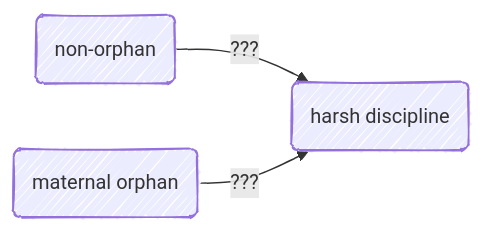
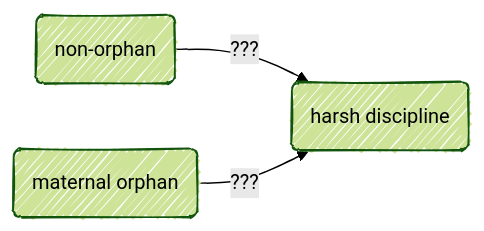
The diagram in orphan/diagrams.md (agrogan1/closeread), drawn with Mermaid before and after one commit.

````diff
--- a/orphan/diagrams.md
+++ b/orphan/diagrams.md
@@ -1,10 +1,10 @@
 ```mermaid
 ---
 config:
   look: handDrawn
-  theme: default
+  theme: forest
 ---
 flowchart LR
   nonorphan(non-orphan) --> |"???"| harshdiscipline(harsh discipline)
   maternalorphan(maternal orphan) --> |"???"| harshdiscipline(harsh discipline)
 ```
````
